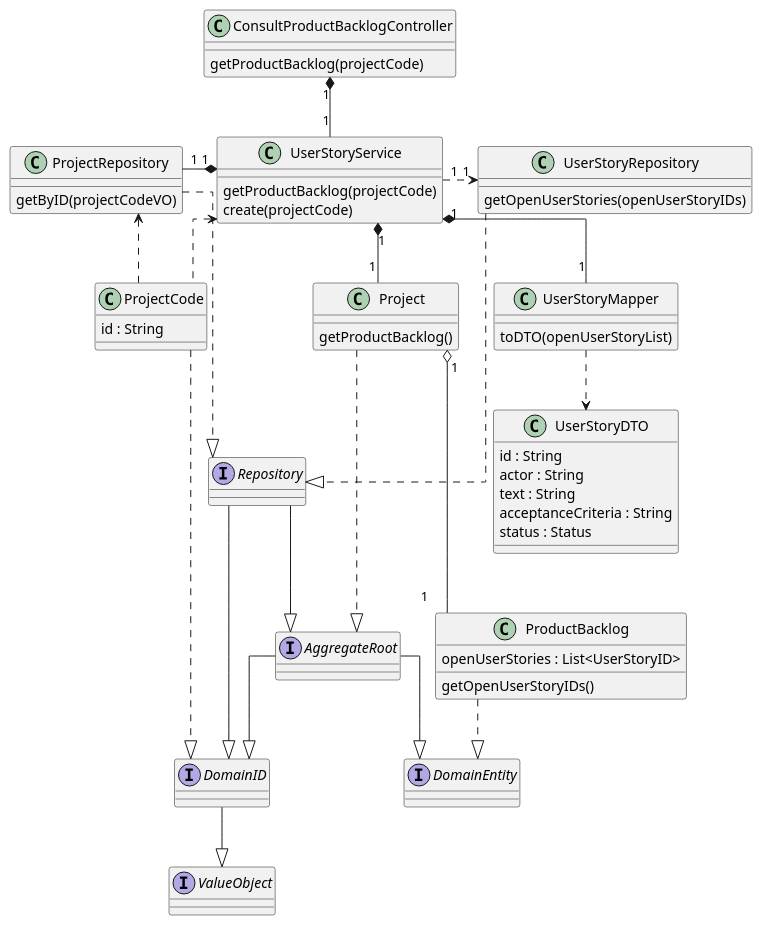
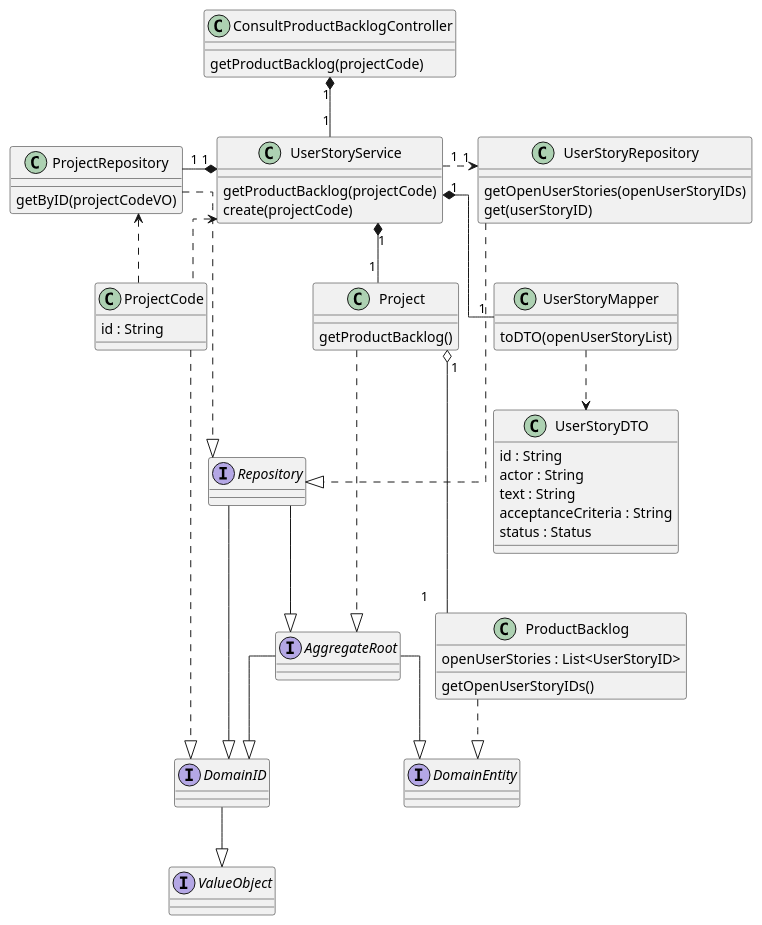
Before and after one commit to ivo-menezes/project_g3: the diagram in docs/modelling_design/user_stories/us018/US018_ConsultProductBacklogCD.puml, drawn with PlantUML.

Commit message:
US018:Design:Update DDD ConsultProductBacklogCD(addresses #78)

```diff
--- a/docs/modelling_design/user_stories/us018/US018_ConsultProductBacklogCD.puml
+++ b/docs/modelling_design/user_stories/us018/US018_ConsultProductBacklogCD.puml
@@ -1,81 +1,82 @@
 @startuml
 skinparam linetype ortho
 
 class ConsultProductBacklogController {
 getProductBacklog(projectCode)
 }
 
 class UserStoryService {
 getProductBacklog(projectCode)
 create(projectCode)
 }
 
 class UserStoryRepository {
 getOpenUserStories(openUserStoryIDs)
+get(userStoryID)
 }
 
 class ProjectRepository {
 getByID(projectCodeVO)
 }
 
 class Project{
 getProductBacklog()
 }
 
 class ProductBacklog {
 openUserStories : List<UserStoryID>
 getOpenUserStoryIDs()
 }
 
 class ProjectCode {
 id : String
 }
 
 class UserStoryMapper{
 toDTO(openUserStoryList)
 }
 
 class UserStoryDTO {
 id : String
 actor : String
 text : String
 acceptanceCriteria : String
 status : Status
 }
 
 interface ValueObject {
 }
 
 interface DomainID {
 }
 
 interface Repository {
 }
 
 interface AggregateRoot {
 }
 
 interface DomainEntity {
 }
 
 ConsultProductBacklogController "1" *-- "1" UserStoryService
 UserStoryService "1" *-left- "1" ProjectRepository
 UserStoryService "1" *-- "1" UserStoryMapper
 Project "1" o-- "1" ProductBacklog
 UserStoryService "1" *-- "1" Project
 UserStoryMapper ..> UserStoryDTO
 UserStoryService "1" .right.> "1" UserStoryRepository
 UserStoryRepository -..|> Repository
 ProjectCode .up.> ProjectRepository
 ProjectCode .up.> UserStoryService
 ProjectRepository -..|> Repository
 ProjectCode -.down.|> DomainID
 Project -..|> AggregateRoot
 DomainID --|> ValueObject
 ProductBacklog ..|> DomainEntity
 Repository --|> DomainID
 Repository --|> AggregateRoot
 AggregateRoot --|> DomainID
 AggregateRoot --|> DomainEntity
 
 @enduml
```
